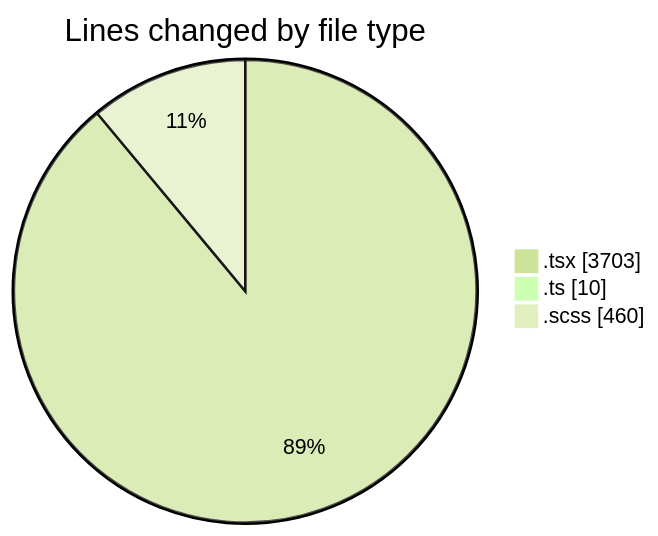
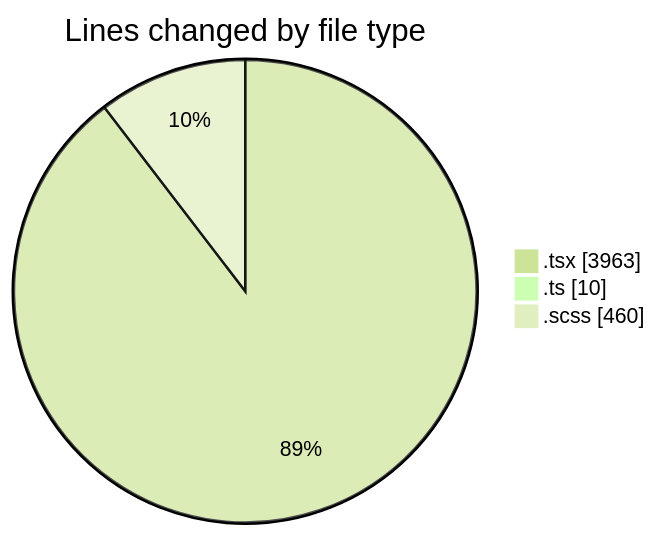
The first of 2 diagrams in 2025-11-17/cda/README.md (momahboobian/code-tracking), drawn with Mermaid (forest theme) before and after one commit. The commit also changed other lines of this file and 1 other file, not shown here.

````diff
--- a/2025-11-17/cda/README.md
+++ b/2025-11-17/cda/README.md
@@ -28,7 +29,7 @@
 ```mermaid
 pie showData
 title Lines changed by file type
-".tsx" : 3703
+".tsx" : 3963
 ".ts" : 10
 ".scss" : 460
 ```
````
